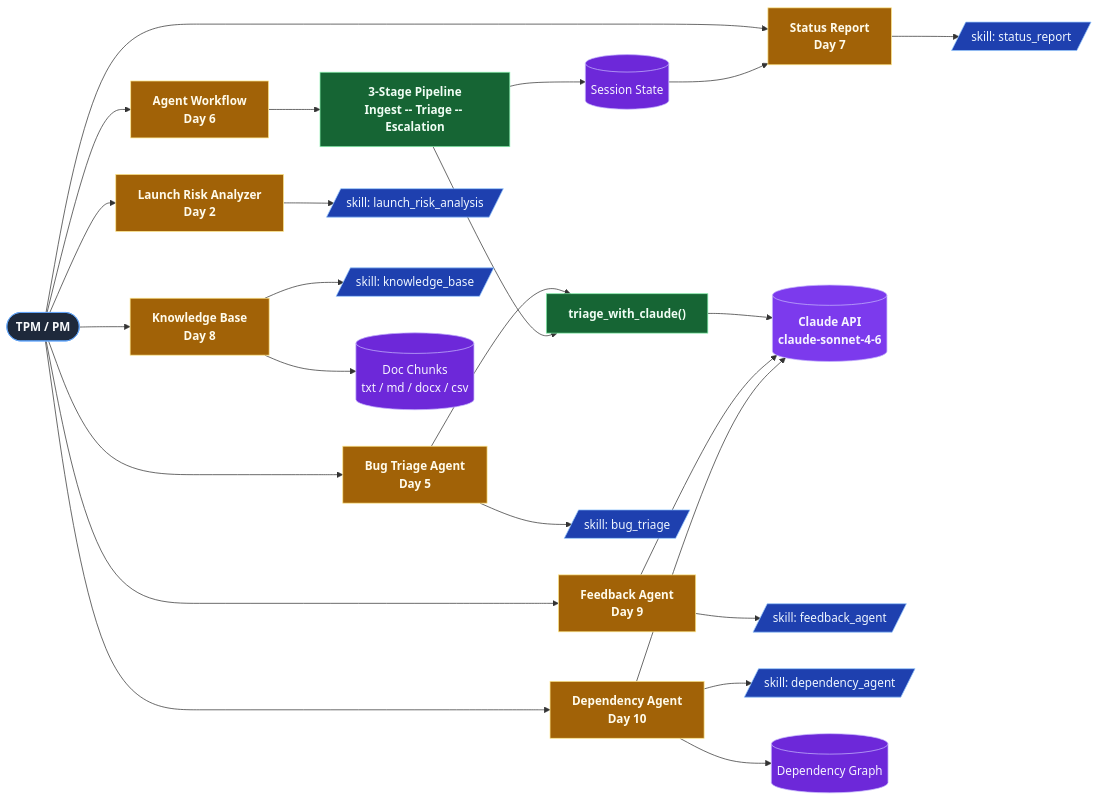
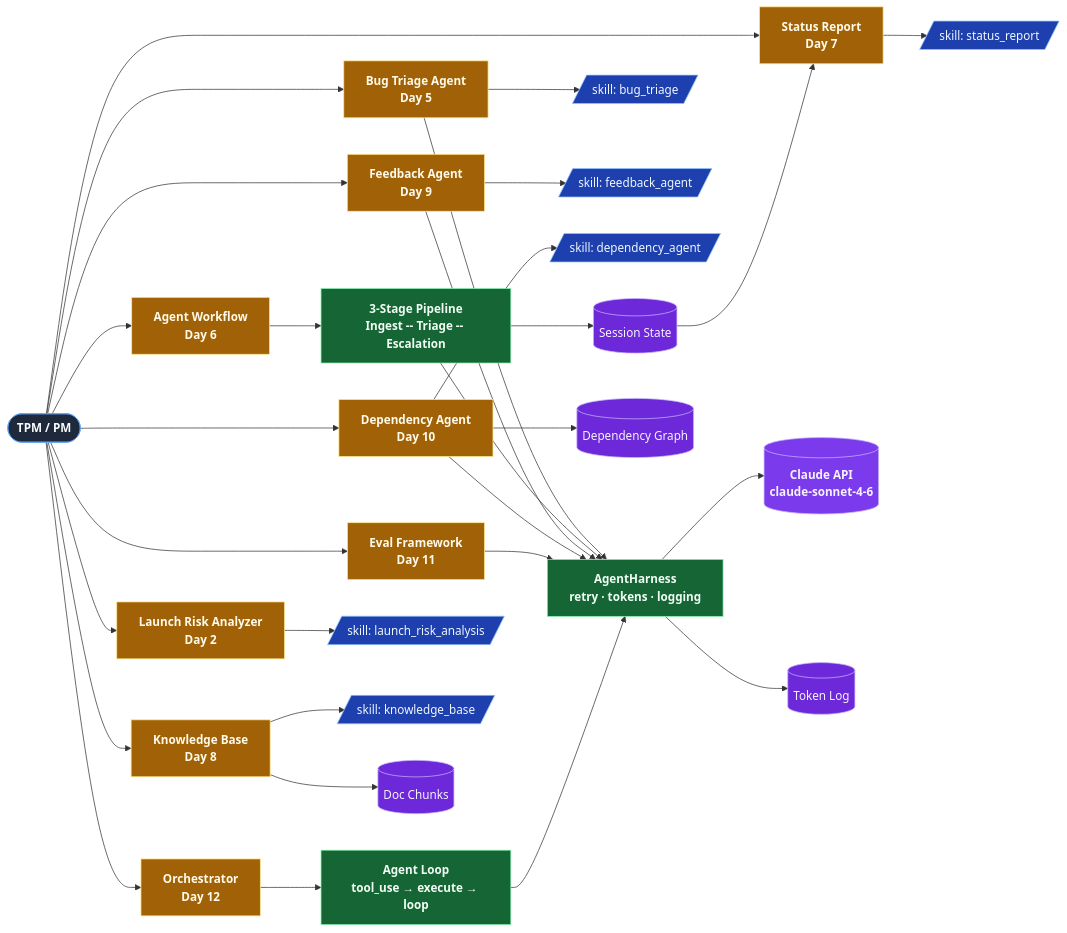
One commit to shwsingh/pm-tpm-ai-tools changed the second of 2 diagrams in README.md. Above: the diagram before and after it, drawn with Mermaid. The commit also changed other lines of this file and 3 other files, not shown here.

First line of the commit message:
Update docs: progress tracker, design decisions, anti-patterns, architecture diagram

````diff
--- a/README.md
+++ b/README.md
@@ -102,59 +104,70 @@
 ```mermaid
 flowchart LR
     User(["TPM / PM"]):::user
 
     LRA["Launch Risk Analyzer<br/>Day 2"]:::ui
     D5["Bug Triage Agent<br/>Day 5"]:::ui
     WF["Agent Workflow<br/>Day 6"]:::ui
     SR["Status Report<br/>Day 7"]:::ui
     KB["Knowledge Base<br/>Day 8"]:::ui
     FA["Feedback Agent<br/>Day 9"]:::ui
     DA["Dependency Agent<br/>Day 10"]:::ui
+    EV["Eval Framework<br/>Day 11"]:::ui
+    ORC["Orchestrator<br/>Day 12"]:::ui
 
+    HARNESS["AgentHarness<br/>retry · tokens · logging"]:::agent
     PIPE["3-Stage Pipeline<br/>Ingest -- Triage -- Escalation"]:::agent
-    BTA["triage_with_claude()"]:::agent
+    LOOP["Agent Loop<br/>tool_use → execute → loop"]:::agent
+
     CLAUDE[("Claude API<br/>claude-sonnet-4-6")]:::llm
 
     S_LR[/"skill: launch_risk_analysis"/]:::skill
     S_BUG[/"skill: bug_triage"/]:::skill
     S_SR[/"skill: status_report"/]:::skill
     S_KB[/"skill: knowledge_base"/]:::skill
     S_FA[/"skill: feedback_agent"/]:::skill
     S_DA[/"skill: dependency_agent"/]:::skill
 
     SS[("Session State")]:::store
-    CHUNKS[("Doc Chunks<br/>txt / md / docx / csv")]:::store
+    CHUNKS[("Doc Chunks")]:::store
     DEPS[("Dependency Graph")]:::store
+    TOKLOG[("Token Log")]:::store
 
     User --> LRA
     User --> D5
     User --> WF
     User --> SR
     User --> KB
     User --> FA
     User --> DA
+    User --> EV
+    User --> ORC
 
     LRA --> S_LR
-    D5 --> BTA
+    D5 --> HARNESS
     D5 --> S_BUG
     WF --> PIPE
-    PIPE --> BTA
-    BTA --> CLAUDE
+    PIPE --> HARNESS
+    FA --> HARNESS
+    FA --> S_FA
+    DA --> HARNESS
+    DA --> S_DA
+    DA --> DEPS
+    EV --> HARNESS
+    ORC --> LOOP
+    LOOP --> HARNESS
+    HARNESS --> CLAUDE
+    HARNESS --> TOKLOG
     PIPE --> SS
     SS --> SR
     SR --> S_SR
     KB --> CHUNKS
     KB --> S_KB
-    FA --> S_FA
-    FA --> CLAUDE
-    DA --> DEPS
-    DA --> S_DA
-    DA --> CLAUDE
 
     classDef user fill:#1e293b,stroke:#60a5fa,color:#f8fafc,font-weight:bold
     classDef ui fill:#a16207,stroke:#fde68a,color:#fffbeb,font-weight:bold
     classDef agent fill:#166534,stroke:#86efac,color:#f0fdf4,font-weight:bold
     classDef skill fill:#1e40af,stroke:#93c5fd,color:#eff6ff
     classDef store fill:#6d28d9,stroke:#c4b5fd,color:#f5f3ff
     classDef llm fill:#7c3aed,stroke:#c4b5fd,color:#f5f3ff,font-weight:bold
 ```
````
